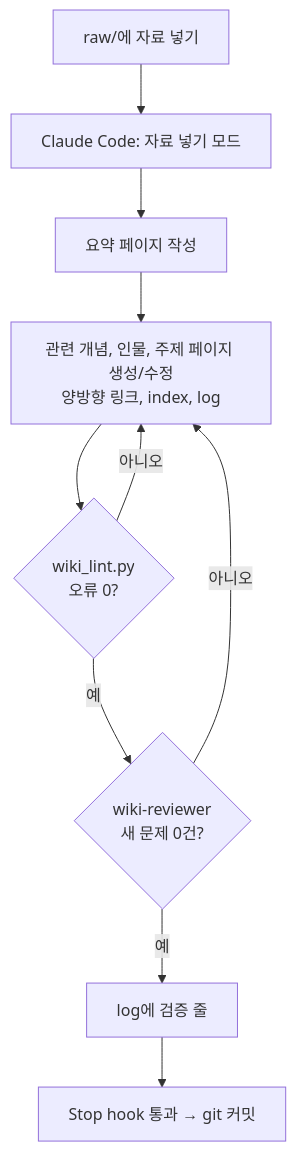
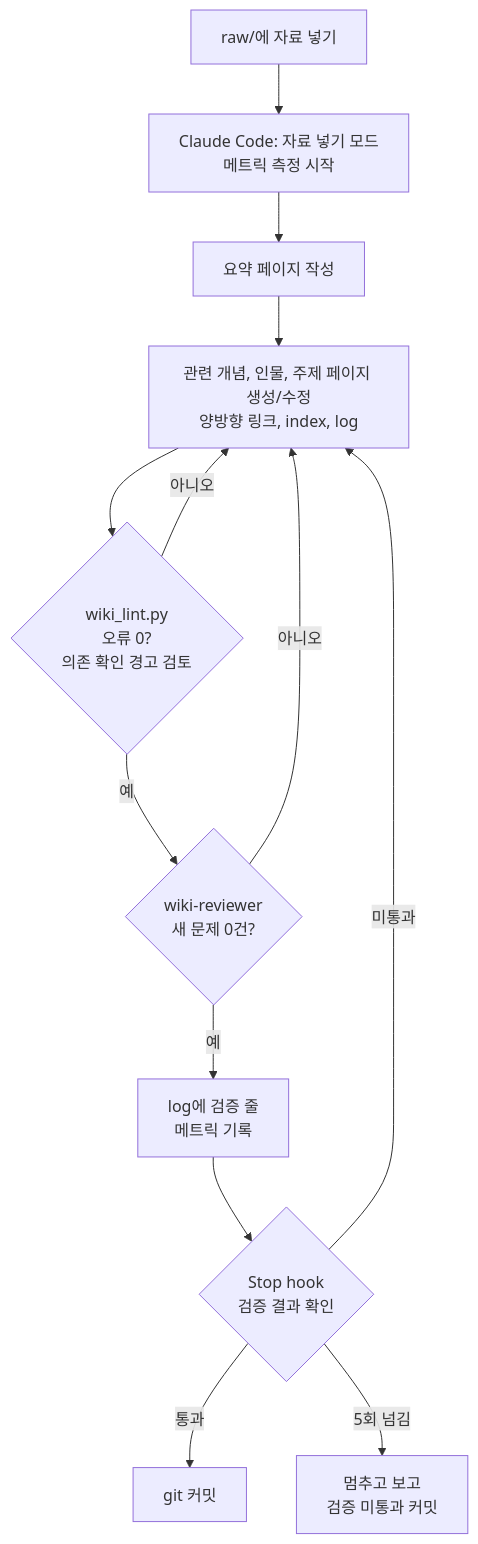
The diagram in README.md (tgYun783/llm-wiki-template), drawn with Mermaid before and after one commit.

Commit message:
README: 동작 흐름 그림 최신화 — Stop hook 미통과·5회 상한, 의존 확인, 운영 메트릭 반영

````diff
--- a/README.md
+++ b/README.md
@@ -27,12 +27,15 @@
 ```mermaid
 flowchart TD
-    A[raw/에 자료 넣기] --> B[Claude Code: 자료 넣기 모드]
+    A[raw/에 자료 넣기] --> B[Claude Code: 자료 넣기 모드<br/>메트릭 측정 시작]
     B --> C[요약 페이지 작성]
     C --> D[관련 개념, 인물, 주제 페이지 생성/수정<br/>양방향 링크, index, log]
-    D --> E{wiki_lint.py<br/>오류 0?}
+    D --> E{wiki_lint.py<br/>오류 0?<br/>의존 확인 경고 검토}
     E -- 아니오 --> D
     E -- 예 --> F{wiki-reviewer<br/>새 문제 0건?}
     F -- 아니오 --> D
-    F -- 예 --> H[log에 검증 줄]
-    H --> G[Stop hook 통과 → git 커밋]
+    F -- 예 --> H[log에 검증 줄<br/>메트릭 기록]
+    H --> S{Stop hook<br/>검증 결과 확인}
+    S -- 미통과 --> D
+    S -- 통과 --> G[git 커밋]
+    S -- 5회 넘김 --> X[멈추고 보고<br/>검증 미통과 커밋]
 ```
````
